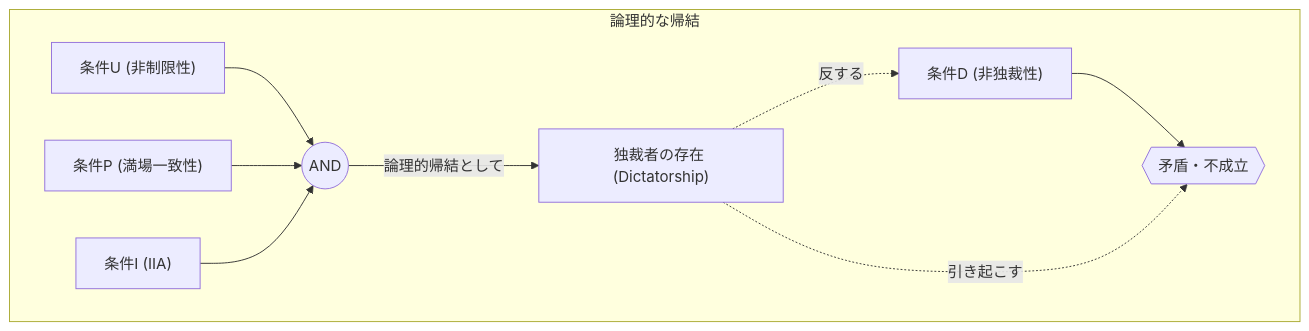
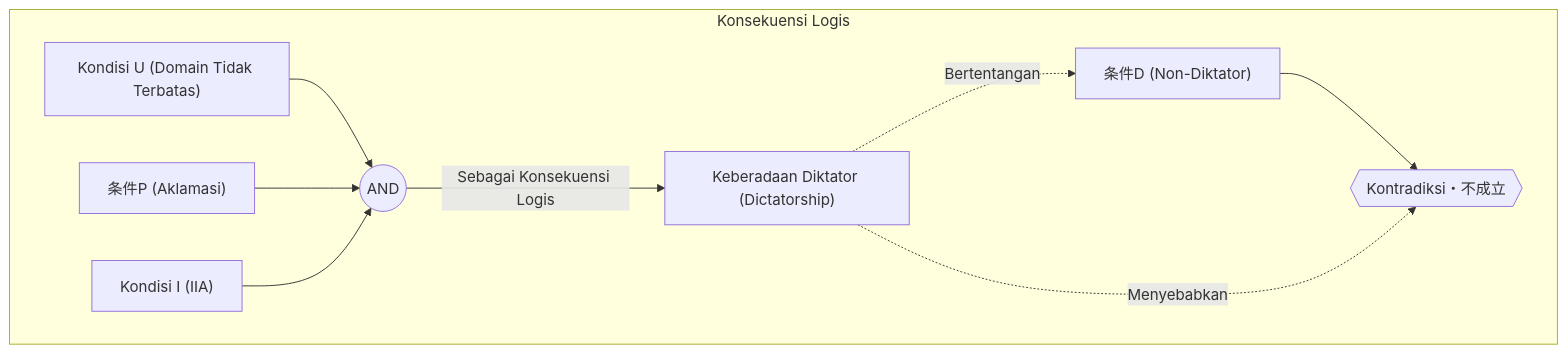
The third of 3 diagrams in content/post/arrows-impossibility-theorem/index.id.md (kenjinote/blog), drawn with Mermaid before and after one commit. The commit also changed other lines of this file and 28 other files, not shown here.

Commit message:
Translate Japanese text inside Mermaid diagrams to respective languages

````diff
--- a/content/post/arrows-impossibility-theorem/index.id.md
+++ b/content/post/arrows-impossibility-theorem/index.id.md
@@ -166,14 +166,14 @@
 ```mermaid
 graph TD
-    subgraph "論理的な帰結"
-        A_U["条件U (非制限性)"] --> AND1((AND))
-        A_P["条件P (満場一致性)"] --> AND1
-        A_I["条件I (IIA)"] --> AND1
+    subgraph "Konsekuensi Logis"
+        A_U["Kondisi U (Domain Tidak Terbatas)"] --> AND1((AND))
+        A_P["条件P (Aklamasi)"] --> AND1
+        A_I["Kondisi I (IIA)"] --> AND1
         
-        AND1 -->|"論理的帰結として"| D_TRUE["独裁者の存在 (Dictatorship)"]
-        D_FALSE["条件D (非独裁性)"] --> CONFLICT{{"矛盾・不成立"}}
+        AND1 -->|"Sebagai Konsekuensi Logis"| D_TRUE["Keberadaan Diktator (Dictatorship)"]
+        D_FALSE["条件D (Non-Diktator)"] --> CONFLICT{{"Kontradiksi・不成立"}}
         
-        D_TRUE -.->|"反する"| D_FALSE
-        D_TRUE -.->|"引き起こす"| CONFLICT
+        D_TRUE -.->|"Bertentangan"| D_FALSE
+        D_TRUE -.->|"Menyebabkan"| CONFLICT
     end
 ```
````
